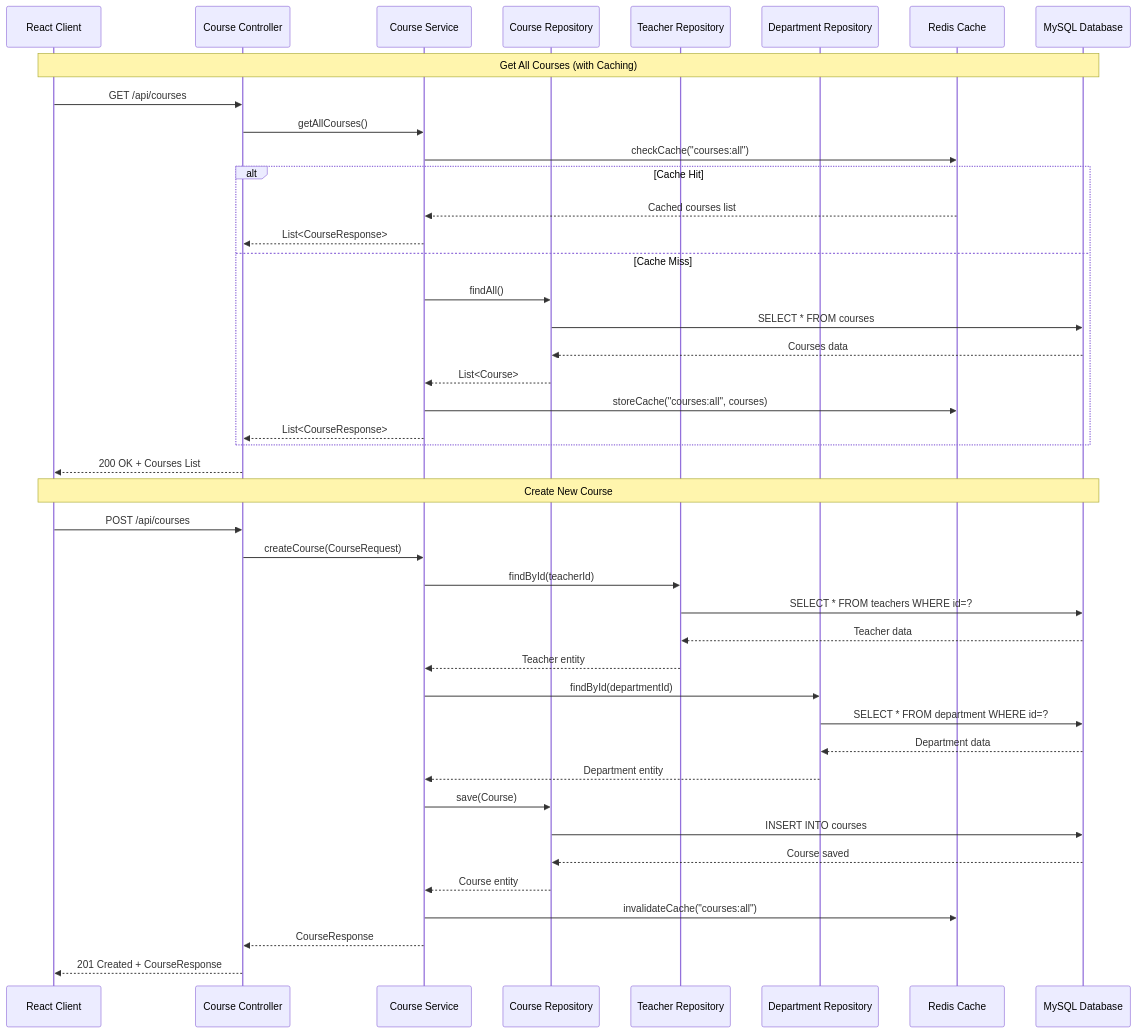
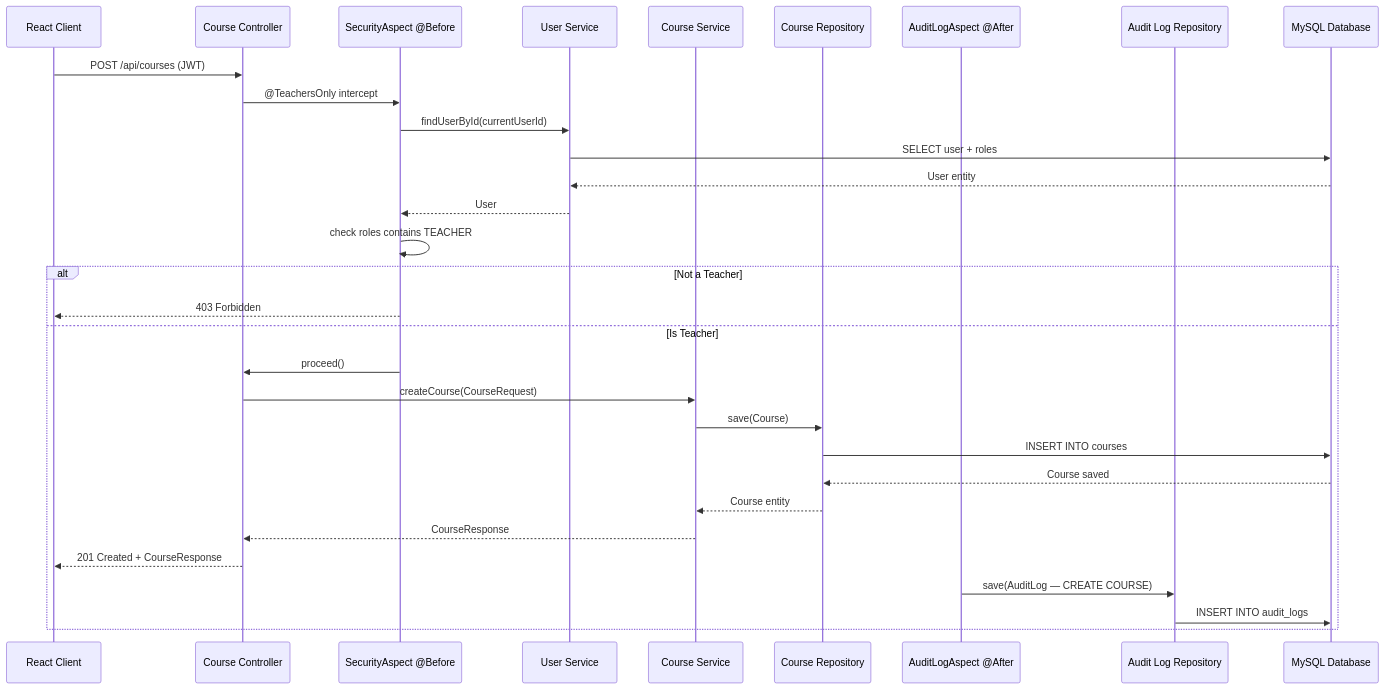
Before and after one commit to mahmoudss5/Uni-System: the second of 7 diagrams in diagrams/sequential-diagram.md, drawn with Mermaid. The commit also changed other lines of this file and 3 other files, not shown here.

Commit message:
update readme and diagrams

````diff
--- a/diagrams/sequential-diagram.md
+++ b/diagrams/sequential-diagram.md
@@ -53,47 +50,34 @@
 ```mermaid
 sequenceDiagram
     participant Client as React Client
     participant CourseController as Course Controller
+    participant SecurityAspect as SecurityAspect @Before
+    participant UserService as User Service
     participant CourseService as Course Service
     participant CourseRepo as Course Repository
-    participant TeacherRepo as Teacher Repository
-    participant DeptRepo as Department Repository
-    participant Cache as Redis Cache
+    participant AuditAspect as AuditLogAspect @After
+    participant AuditRepo as Audit Log Repository
     participant DB as MySQL Database
 
-    Note over Client,DB: Get All Courses (with Caching)
-    Client->>CourseController: GET /api/courses
-    CourseController->>CourseService: getAllCourses()
-    CourseService->>Cache: checkCache("courses:all")
-    alt Cache Hit
-        Cache-->>CourseService: Cached courses list
-        CourseService-->>CourseController: List<CourseResponse>
-    else Cache Miss
-        CourseService->>CourseRepo: findAll()
-        CourseRepo->>DB: SELECT * FROM courses
-        DB-->>CourseRepo: Courses data
-        CourseRepo-->>CourseService: List<Course>
-        CourseService->>Cache: storeCache("courses:all", courses)
-        CourseService-->>CourseController: List<CourseResponse>
+    Client->>CourseController: POST /api/courses (JWT)
+    CourseController->>SecurityAspect: @TeachersOnly intercept
+    SecurityAspect->>UserService: findUserById(currentUserId)
+    UserService->>DB: SELECT user + roles
+    DB-->>UserService: User entity
+    UserService-->>SecurityAspect: User
+    SecurityAspect->>SecurityAspect: check roles contains TEACHER
+    alt Not a Teacher
+        SecurityAspect-->>Client: 403 Forbidden
+    else Is Teacher
+        SecurityAspect->>CourseController: proceed()
+        CourseController->>CourseService: createCourse(CourseRequest)
+        CourseService->>CourseRepo: save(Course)
+        CourseRepo->>DB: INSERT INTO courses
+        DB-->>CourseRepo: Course saved
+        CourseRepo-->>CourseService: Course entity
+        CourseService-->>CourseController: CourseResponse
+        CourseController-->>Client: 201 Created + CourseResponse
+        AuditAspect->>AuditRepo: save(AuditLog — CREATE COURSE)
+        AuditRepo->>DB: INSERT INTO audit_logs
     end
-    CourseController-->>Client: 200 OK + Courses List
-
-    Note over Client,DB: Create New Course
-    Client->>CourseController: POST /api/courses
-    CourseController->>CourseService: createCourse(CourseRequest)
-    CourseService->>TeacherRepo: findById(teacherId)
-    TeacherRepo->>DB: SELECT * FROM teachers WHERE id=?
-    DB-->>TeacherRepo: Teacher data
-    TeacherRepo-->>CourseService: Teacher entity
-    CourseService->>DeptRepo: findById(departmentId)
-    DeptRepo->>DB: SELECT * FROM department WHERE id=?
-    DB-->>DeptRepo: Department data
-    DeptRepo-->>CourseService: Department entity
-    CourseService->>CourseRepo: save(Course)
-    CourseRepo->>DB: INSERT INTO courses
-    DB-->>CourseRepo: Course saved
-    CourseRepo-->>CourseService: Course entity
-    CourseService->>Cache: invalidateCache("courses:all")
-    CourseService-->>CourseController: CourseResponse
-    CourseController-->>Client: 201 Created + CourseResponse
 ```
````
